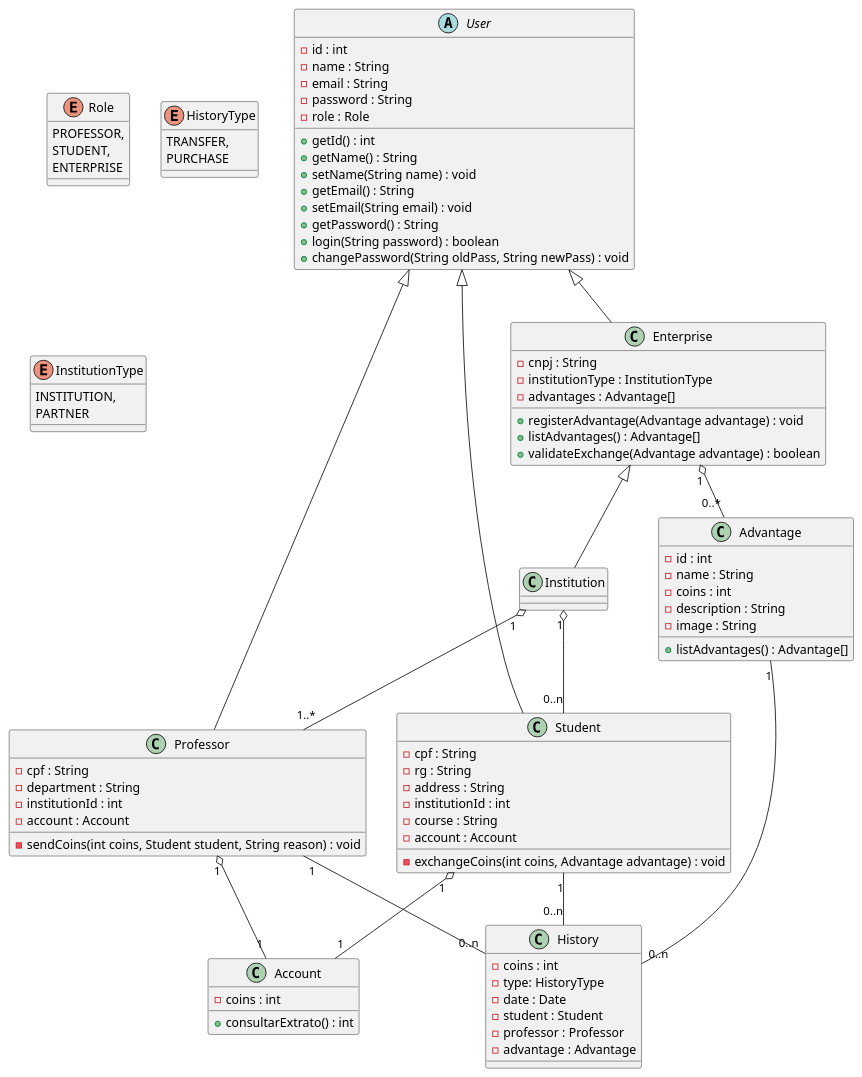
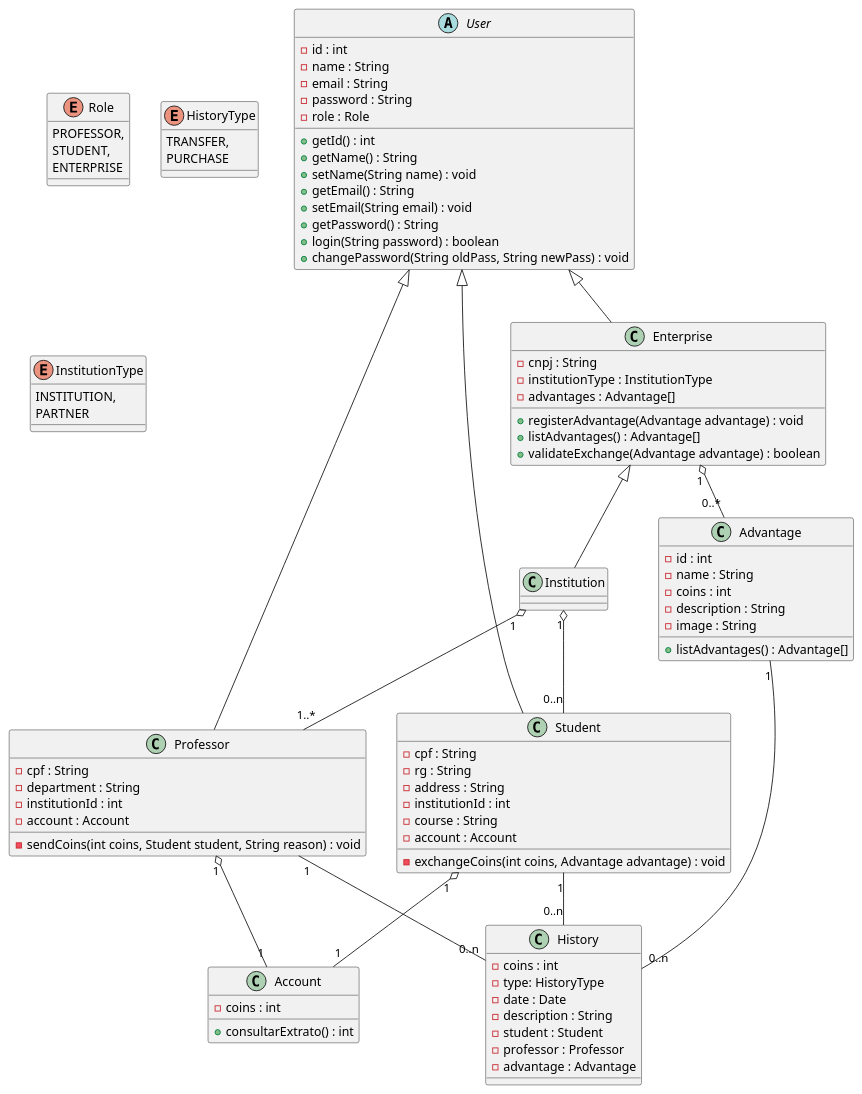
One commit to migueltico2/laboratorio-de-desenvolvimento-de-software changed the diagram in projeto 4/project/classDiagram.plantuml. Above: the diagram before and after it, drawn with PlantUML. The commit also changed 3 other files, not shown here.

Commit message:
feat: init diagrams

```diff
--- a/projeto 4/project/classDiagram.plantuml
+++ b/projeto 4/project/classDiagram.plantuml
@@ -1,103 +1,104 @@
 @startuml
 
 abstract class User {
     -id : int
     -name : String
     -email : String
     -password : String
     -role : Role
     +getId() : int
     +getName() : String
     +setName(String name) : void
     +getEmail() : String
     +setEmail(String email) : void
     +getPassword() : String
     +login(String password) : boolean
     +changePassword(String oldPass, String newPass) : void
 }
 
 enum Role {
     PROFESSOR,
     STUDENT,
     ENTERPRISE
 }
 
 class Professor {
     -cpf : String
     -department : String
     -institutionId : int
     -account : Account
     -sendCoins(int coins, Student student, String reason) : void
 }
 
 class Student {
     -cpf : String
     -rg : String
     -address : String
     -institutionId : int
     -course : String
     -account : Account
     -exchangeCoins(int coins, Advantage advantage) : void
 }
 
 class Account {
     -coins : int
     +consultarExtrato() : int
 }
 
 class History {
     -coins : int
     -type: HistoryType
     -date : Date
+    -description : String
     -student : Student
     -professor : Professor
     -advantage : Advantage
 }
 
 enum HistoryType {
     TRANSFER,
     PURCHASE
 }
 
 class Advantage {
     -id : int
     -name : String
     -coins : int
     -description : String
     -image : String
     +listAdvantages() : Advantage[]
 }
 
 class Enterprise {
     -cnpj : String
     -institutionType : InstitutionType
     -advantages : Advantage[]
     +registerAdvantage(Advantage advantage) : void
     +listAdvantages() : Advantage[]
     +validateExchange(Advantage advantage) : boolean
 }
 
 enum InstitutionType {
     INSTITUTION,
     PARTNER
 }
 
 class Institution {
 }
 
 User <|-- Professor
 User <|-- Student
 User <|-- Enterprise
 
 Enterprise <|-- Institution
 
 Professor "1" o-- "1" Account
 Student "1" o-- "1" Account
 Enterprise "1" o-- "0..*" Advantage
 Institution "1" o-- "1..*" Professor
 Institution "1" o--  "0..n" Student
 Professor "1" --  "0..n" History
 Student "1" --  "0..n" History
 Advantage "1" --  "0..n" History
 
 @enduml
```
